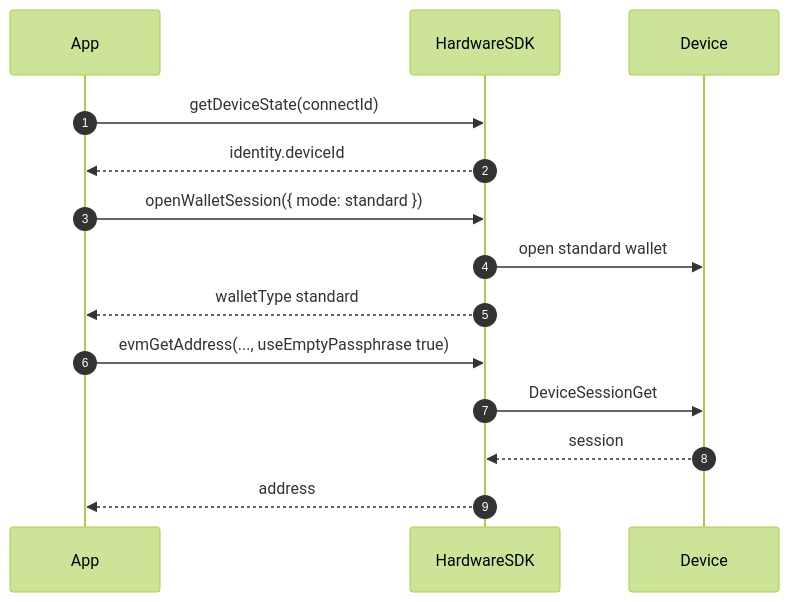
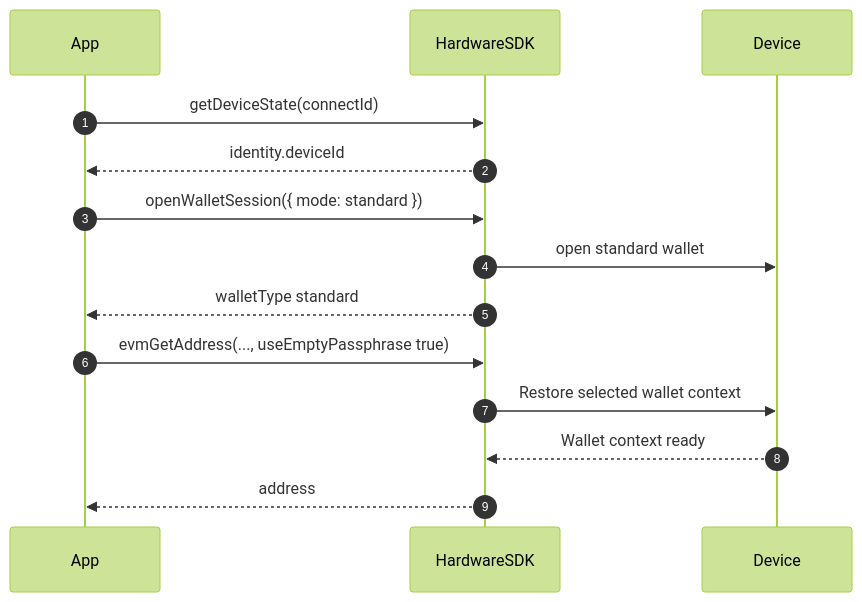
Before and after one commit to OneKeyHQ/hardware-js-sdk: the first of 2 diagrams in packages/connect-examples/developer-portal/content/en/hardware-sdk/concepts/passphrase.mdx, drawn with Mermaid (forest theme). The commit also changed other lines of this file and 719 other files, not shown here.

````diff
--- a/packages/connect-examples/developer-portal/content/en/hardware-sdk/concepts/passphrase.mdx
+++ b/packages/connect-examples/developer-portal/content/en/hardware-sdk/concepts/passphrase.mdx
@@ -36,17 +36,17 @@
 ```mermaid
 sequenceDiagram
   autonumber
   participant App
   participant SDK as HardwareSDK
   participant Device
 
   App->>SDK: getDeviceState(connectId)
   SDK-->>App: identity.deviceId
   App->>SDK: openWalletSession({ mode: standard })
   SDK->>Device: open standard wallet
   SDK-->>App: walletType standard
   App->>SDK: evmGetAddress(..., useEmptyPassphrase true)
-  SDK->>Device: DeviceSessionGet
-  Device-->>SDK: session
+  SDK->>Device: Restore selected wallet context
+  Device-->>SDK: Wallet context ready
   SDK-->>App: address
 ```
````
